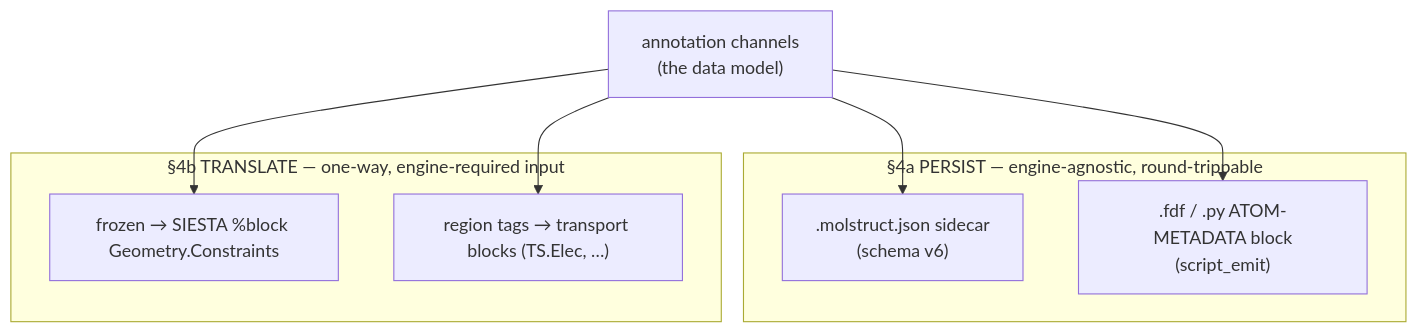
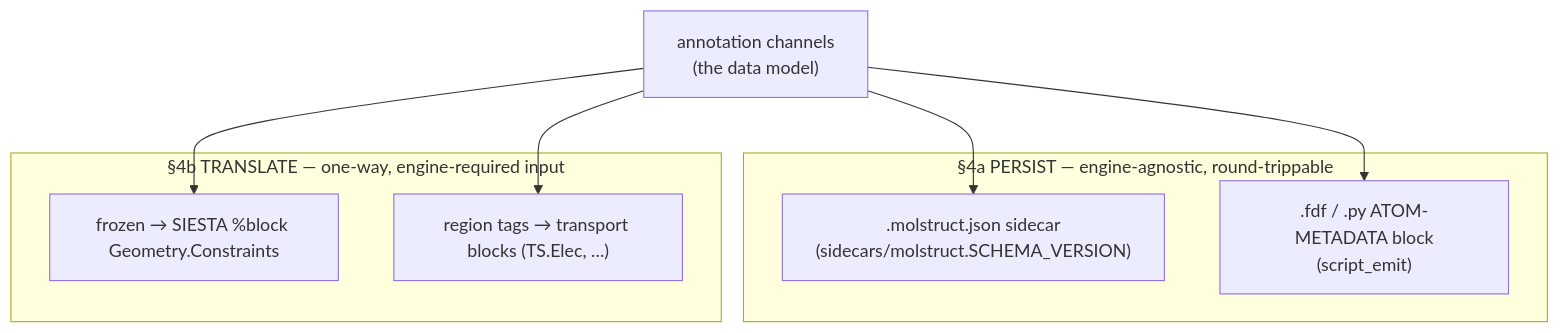
Before and after one commit to Qing-LAB/molbuilder: the second of 2 diagrams in docs/model/structure-annotations.md, drawn with Mermaid. The commit also changed other lines of this file and 27 other files, not shown here.

````diff
--- a/docs/model/structure-annotations.md
+++ b/docs/model/structure-annotations.md
@@ -130,16 +130,16 @@
 ```mermaid
 flowchart TB
     CH["annotation channels<br/>(the data model)"]
     subgraph PERSIST["§4a PERSIST — engine-agnostic, round-trippable"]
-        SC[".molstruct.json sidecar<br/>(schema v6)"]
+        SC[".molstruct.json sidecar<br/>(sidecars/molstruct.SCHEMA_VERSION)"]
         BLK[".fdf / .py ATOM-METADATA block<br/>(script_emit)"]
     end
     subgraph TRANSLATE["§4b TRANSLATE — one-way, engine-required input"]
         CON["frozen → SIESTA %block Geometry.Constraints"]
         TS["region tags → transport blocks (TS.Elec, …)"]
     end
     CH --> SC
     CH --> BLK
     CH --> CON
     CH --> TS
 ```
````
